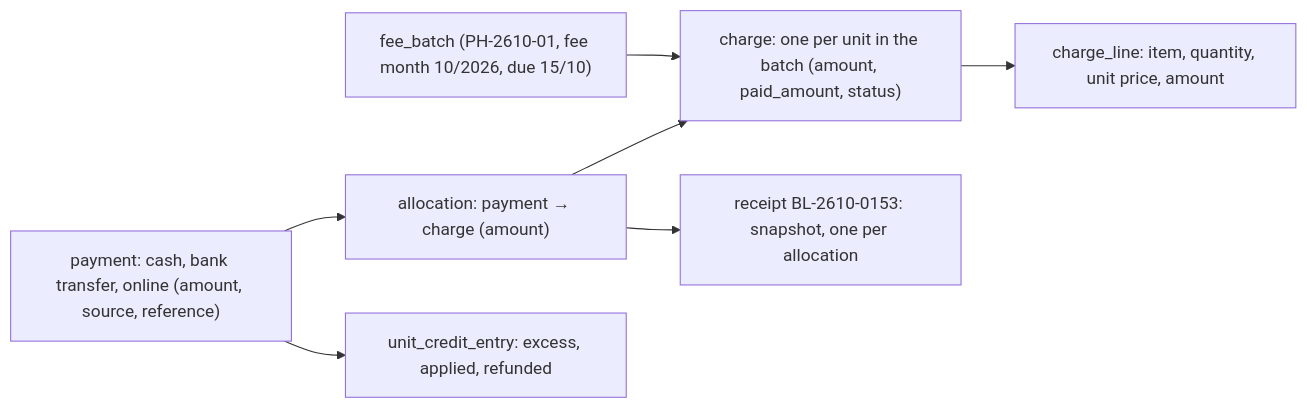
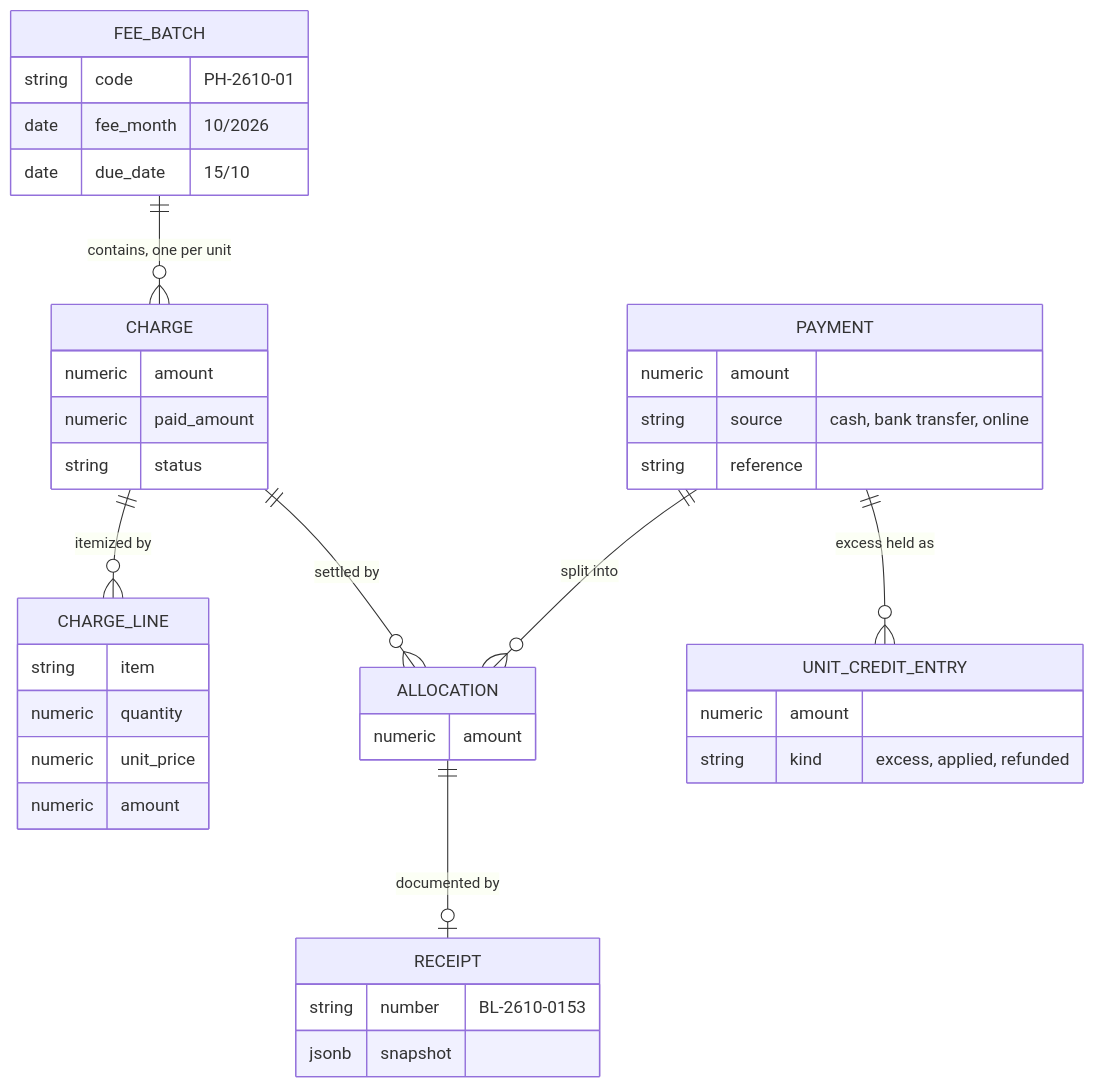
One commit to ninggiangboy/residential-management-system changed the third of 15 diagrams in residential-management-sdd.md. Above: the diagram before and after it, drawn with Mermaid. The commit also changed other lines of this file, not shown here.

First line of the commit message:
docs(sdd): use proper Mermaid diagram types and align §19.1 with DR-83

````diff
--- a/residential-management-sdd.md
+++ b/residential-management-sdd.md
@@ -341,9 +364,41 @@
 ```mermaid
-flowchart LR
-  B["fee_batch (PH-2610-01, fee month 10/2026, due 15/10)"] --> C["charge: one per unit in the batch (amount, paid_amount, status)"]
-  C --> L["charge_line: item, quantity, unit price, amount"]
-  P["payment: cash, bank transfer, online (amount, source, reference)"] --> A["allocation: payment → charge (amount)"]
-  A --> C
-  P --> K["unit_credit_entry: excess, applied, refunded"]
-  A --> R["receipt BL-2610-0153: snapshot, one per allocation"]
+erDiagram
+  FEE_BATCH ||--o{ CHARGE : "contains, one per unit"
+  CHARGE ||--o{ CHARGE_LINE : "itemized by"
+  PAYMENT ||--o{ ALLOCATION : "split into"
+  CHARGE ||--o{ ALLOCATION : "settled by"
+  ALLOCATION ||--o| RECEIPT : "documented by"
+  PAYMENT ||--o{ UNIT_CREDIT_ENTRY : "excess held as"
+  FEE_BATCH {
+    string code "PH-2610-01"
+    date fee_month "10/2026"
+    date due_date "15/10"
+  }
+  CHARGE {
+    numeric amount
+    numeric paid_amount
+    string status
+  }
+  CHARGE_LINE {
+    string item
+    numeric quantity
+    numeric unit_price
+    numeric amount
+  }
+  PAYMENT {
+    numeric amount
+    string source "cash, bank transfer, online"
+    string reference
+  }
+  ALLOCATION {
+    numeric amount
+  }
+  RECEIPT {
+    string number "BL-2610-0153"
+    jsonb snapshot
+  }
+  UNIT_CREDIT_ENTRY {
+    numeric amount
+    string kind "excess, applied, refunded"
+  }
 ```
````
